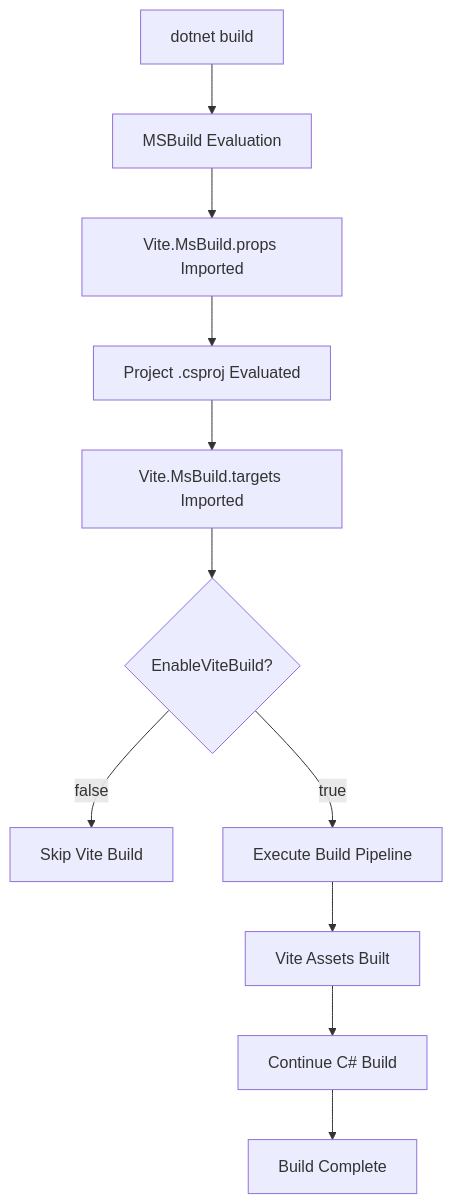
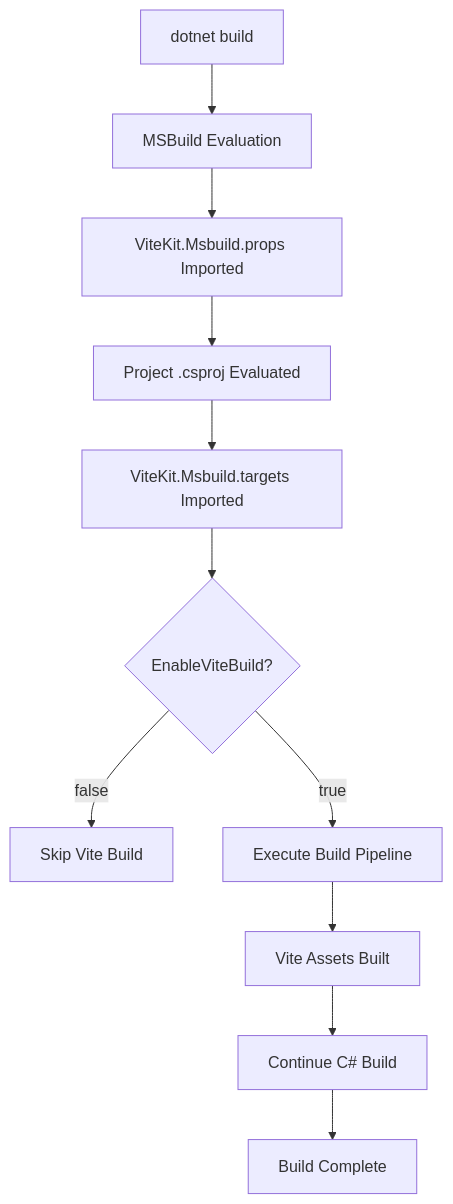
Before and after one commit to DigitalParadox/Vite.MsBuild: the first of 22 diagrams in docs/architecture/process-flow.md, drawn with Mermaid. The commit also changed other lines of this file and 38 other files, not shown here.

First line of the commit message:
refactor: rename Vite.MsBuild to ViteKit.Msbuild across documentation

````diff
--- a/docs/architecture/process-flow.md
+++ b/docs/architecture/process-flow.md
@@ -16,13 +16,13 @@
 ```mermaid
 graph TB
     A[dotnet build] --> B[MSBuild Evaluation]
-    B --> C[Vite.MsBuild.props Imported]
+    B --> C[ViteKit.Msbuild.props Imported]
     C --> D[Project .csproj Evaluated]
-    D --> E[Vite.MsBuild.targets Imported]
+    D --> E[ViteKit.Msbuild.targets Imported]
     E --> F{EnableViteBuild?}
     F -->|false| Z[Skip Vite Build]
     F -->|true| G[Execute Build Pipeline]
     G --> H[Vite Assets Built]
     H --> I[Continue C# Build]
     I --> J[Build Complete]
 ```
````
